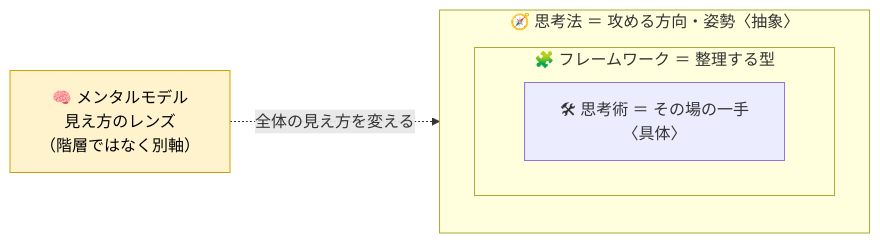
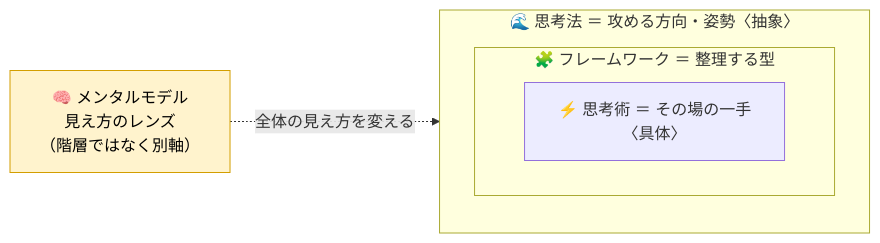
Before and after one commit to snamiki1212/awesome-thinking: the diagram in README.md, drawn with Mermaid. The commit also changed other lines of this file and 6 other files, not shown here.

First line of the commit message:
4タイプの判別絵文字を確定（思考法=🌊 / 思考術=⚡）

````diff
--- a/README.md
+++ b/README.md
@@ -18,12 +18,12 @@
 ```mermaid
 flowchart LR
     L["🧠 メンタルモデル<br/>見え方のレンズ<br/>（階層ではなく別軸）"]
-    subgraph M["🧭 思考法 ＝ 攻める方向・姿勢〈抽象〉"]
+    subgraph M["🌊 思考法 ＝ 攻める方向・姿勢〈抽象〉"]
         direction TB
         subgraph F["🧩 フレームワーク ＝ 整理する型"]
-            S["🛠 思考術 ＝ その場の一手〈具体〉"]
+            S["⚡ 思考術 ＝ その場の一手〈具体〉"]
         end
     end
     L -. 全体の見え方を変える .-> M
     style L fill:#fff3cd,stroke:#d39e00,color:#000
 ```
````
